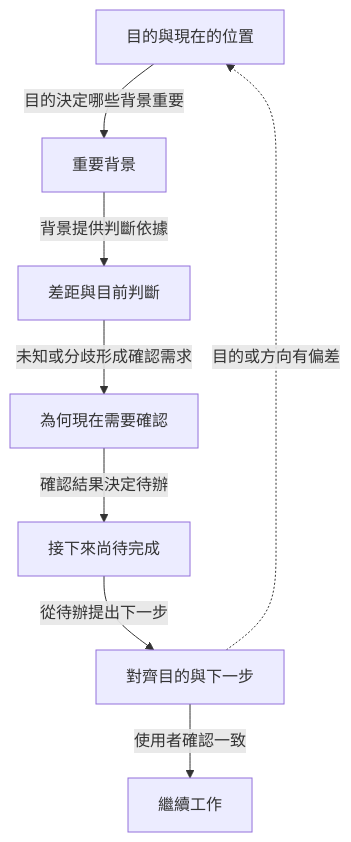
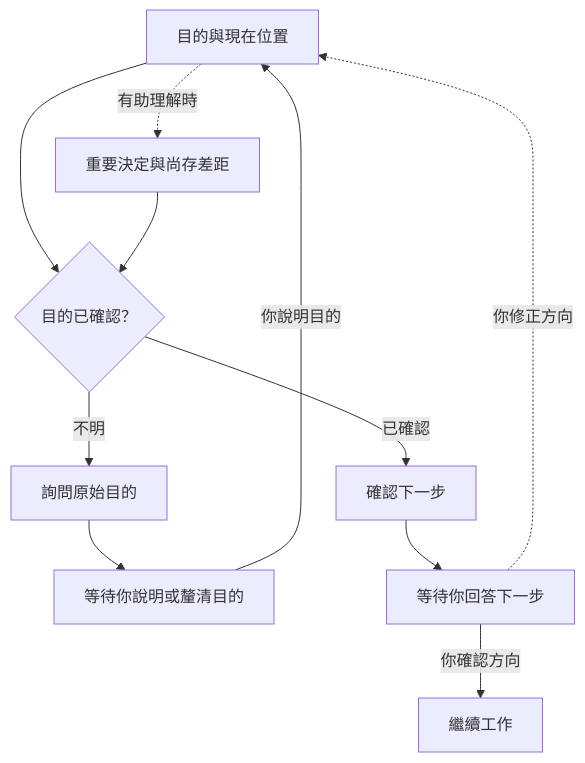
The diagram in loom-workflow/skills/recap-state/README.zh-TW.md (kouko/loom-plugins), drawn with Mermaid before and after one commit. The commit also changed other lines of this file and 24 other files, not shown here.

````diff
--- a/loom-workflow/skills/recap-state/README.zh-TW.md
+++ b/loom-workflow/skills/recap-state/README.zh-TW.md
@@ -26,10 +27,13 @@
 ```mermaid
 graph TB
-    Purpose["目的與現在的位置"] -->|"目的決定哪些背景重要"| Background["重要背景"]
-    Background -->|"背景提供判斷依據"| Assessment["差距與目前判斷"]
-    Assessment -->|"未知或分歧形成確認需求"| Question["為何現在需要確認"]
-    Question -->|"確認結果決定待辦"| Pending["接下來尚待完成"]
-    Pending -->|"從待辦提出下一步"| Alignment["對齊目的與下一步"]
-    Alignment -.->|"目的或方向有偏差"| Purpose
-    Alignment -->|"使用者確認一致"| Continue["繼續工作"]
+    Purpose["目的與現在位置"] --> Check{"目的已確認？"}
+    Purpose -.->|"有助理解時"| History["重要決定與尚存差距"]
+    History --> Check
+    Check -->|"不明"| AskPurpose["詢問原始目的"]
+    Check -->|"已確認"| Next["確認下一步"]
+    AskPurpose --> WaitPurpose["等待你說明或釐清目的"]
+    Next --> WaitNext["等待你回答下一步"]
+    WaitPurpose -->|"你說明目的"| Purpose
+    WaitNext -.->|"你修正方向"| Purpose
+    WaitNext -->|"你確認方向"| Continue["繼續工作"]
 ```
````
